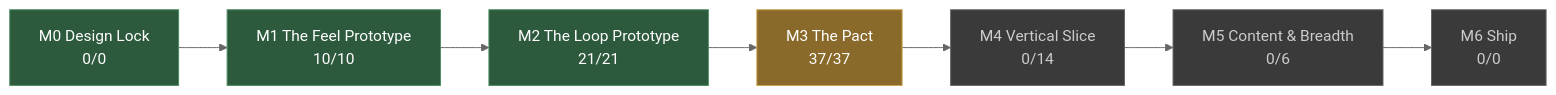
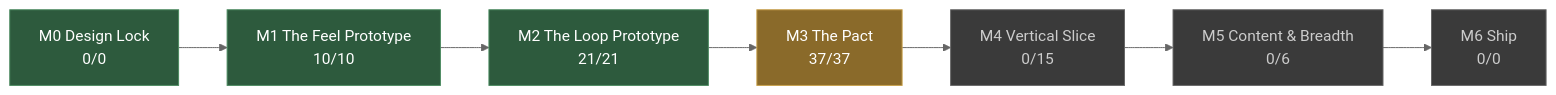
One commit to JoshuaGessner/she changed the diagram in docs/STATUS.md. Above: the diagram before and after it, drawn with Mermaid (neutral theme). The commit also changed other lines of this file and 5 other files, not shown here.

````diff
--- a/docs/STATUS.md
+++ b/docs/STATUS.md
@@ -13,19 +13,19 @@
 ```mermaid
 flowchart LR
   M0["M0 Design Lock<br/>0/0"]:::passed
   M1["M1 The Feel Prototype<br/>10/10"]:::passed
   M0 --> M1
   M2["M2 The Loop Prototype<br/>21/21"]:::passed
   M1 --> M2
   M3["M3 The Pact<br/>37/37"]:::current
   M2 --> M3
-  M4["M4 Vertical Slice<br/>0/14"]:::ahead
+  M4["M4 Vertical Slice<br/>0/15"]:::ahead
   M3 --> M4
   M5["M5 Content & Breadth<br/>0/6"]:::ahead
   M4 --> M5
   M6["M6 Ship<br/>0/0"]:::ahead
   M5 --> M6
   classDef passed fill:#2d5a3d,stroke:#4a8a5f,color:#fff
   classDef current fill:#8a6a2a,stroke:#c8a04a,color:#fff
   classDef ahead fill:#3a3a3a,stroke:#666,color:#ccc
 ```
````
